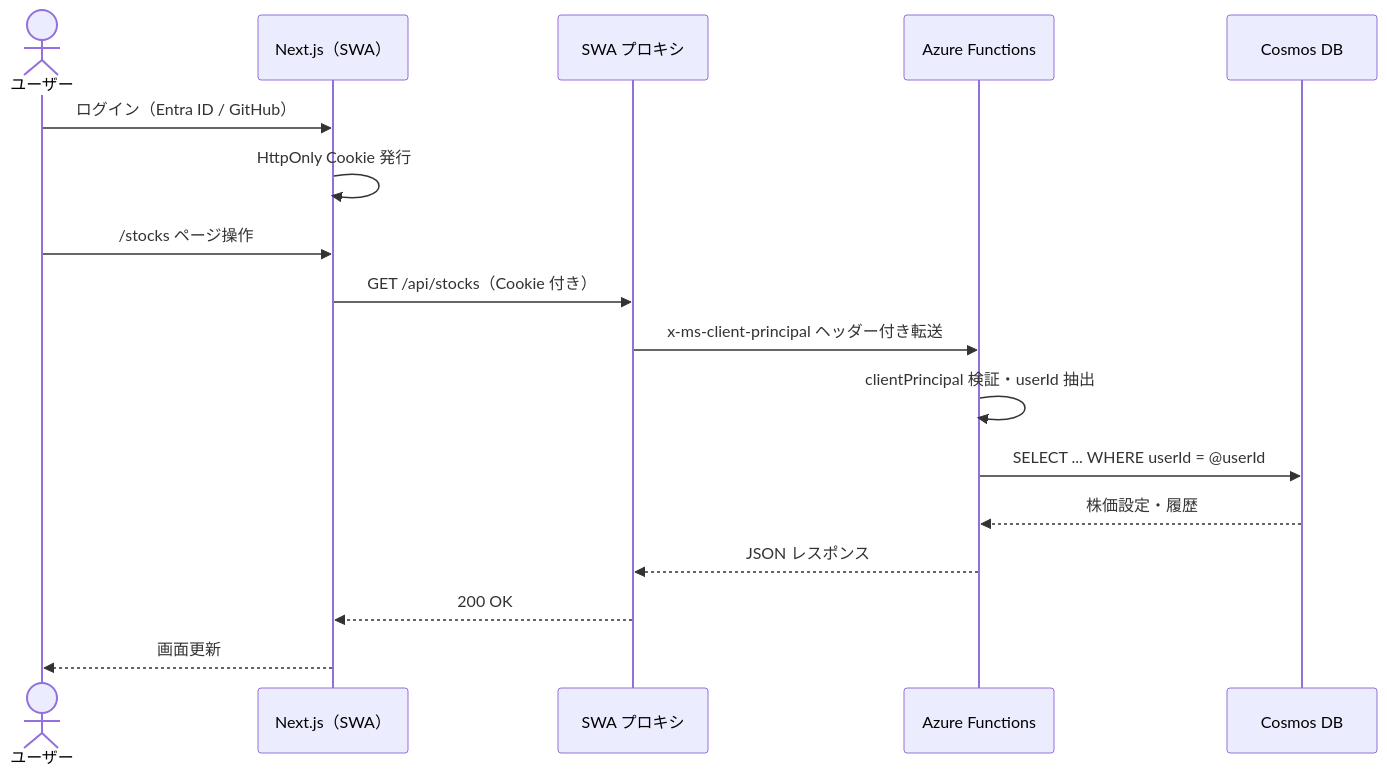
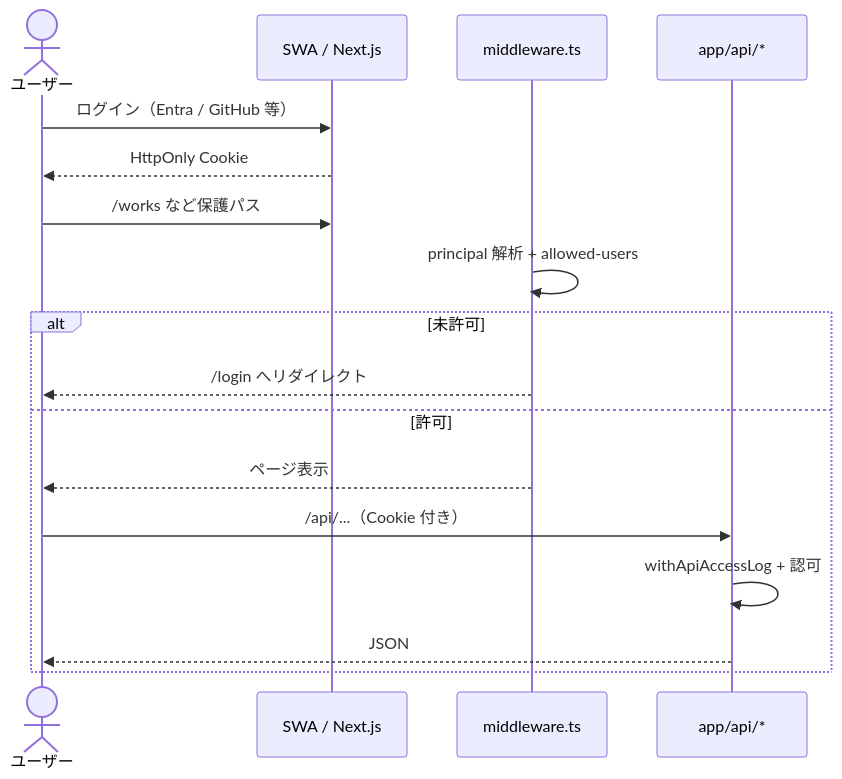
One commit to mickey4world-rgb/AQUA changed the second of 2 diagrams in docs/DESIGN.md. Above: the diagram before and after it, drawn with Mermaid. The commit also changed other lines of this file, not shown here.

First line of the commit message:
Refresh DESIGN.md to match the current AQUA architecture.

````diff
--- a/docs/DESIGN.md
+++ b/docs/DESIGN.md
@@ -206,21 +167,20 @@
 ```mermaid
 sequenceDiagram
-    actor User as ユーザー
-    participant SWA as Next.js（SWA）
-    participant Proxy as SWA プロキシ
-    participant Fn as Azure Functions
-    participant Cosmos as Cosmos DB
+  actor U as ユーザー
+  participant SWA as SWA / Next.js
+  participant MW as middleware.ts
+  participant API as app/api/*
 
-    User->>SWA: ログイン（Entra ID / GitHub）
-    SWA->>SWA: HttpOnly Cookie 発行
-
-    User->>SWA: /stocks ページ操作
-    SWA->>Proxy: GET /api/stocks（Cookie 付き）
-    Proxy->>Fn: x-ms-client-principal ヘッダー付き転送
-    Fn->>Fn: clientPrincipal 検証・userId 抽出
-    Fn->>Cosmos: SELECT ... WHERE userId = @userId
-    Cosmos-->>Fn: 株価設定・履歴
-    Fn-->>Proxy: JSON レスポンス
-    Proxy-->>SWA: 200 OK
-    SWA-->>User: 画面更新
+  U->>SWA: ログイン（Entra / GitHub 等）
+  SWA-->>U: HttpOnly Cookie
+  U->>SWA: /works など保護パス
+  MW->>MW: principal 解析 + allowed-users
+  alt 未許可
+    MW-->>U: /login へリダイレクト
+  else 許可
+    MW-->>U: ページ表示
+    U->>API: /api/...（Cookie 付き）
+    API->>API: withApiAccessLog + 認可
+    API-->>U: JSON
+  end
 ```
````
